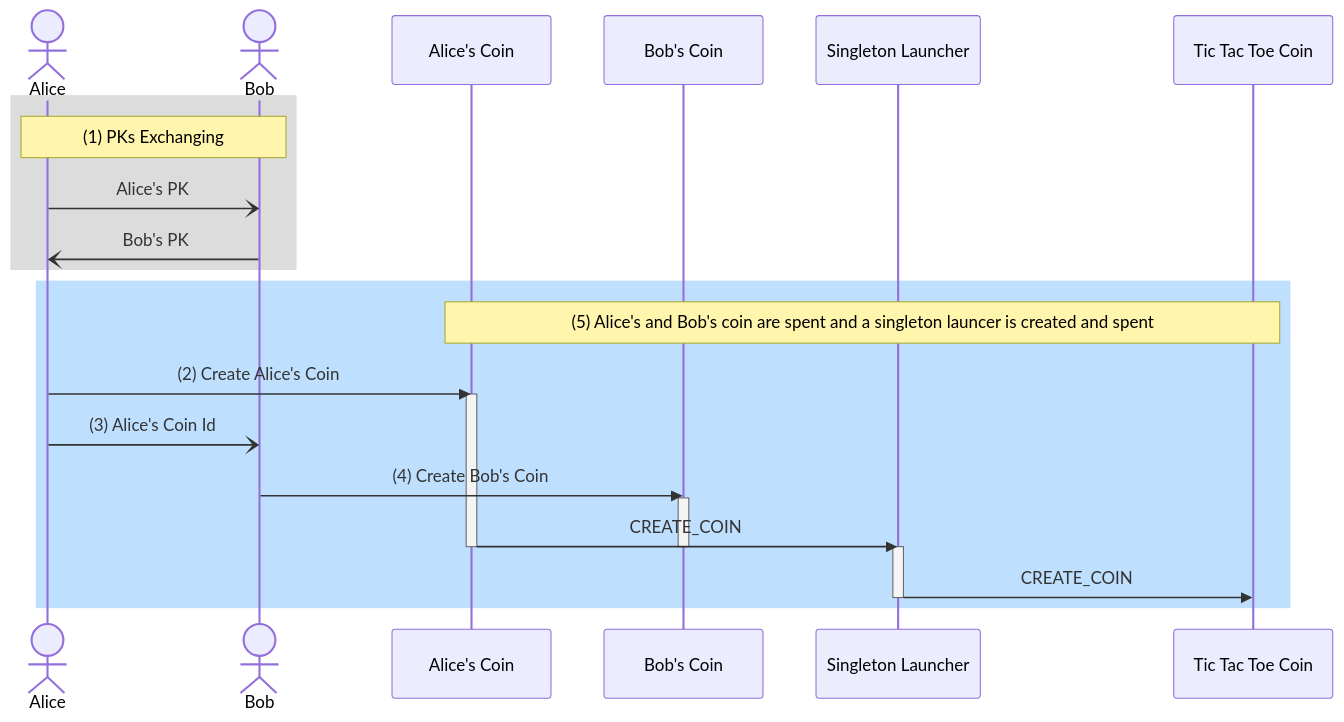
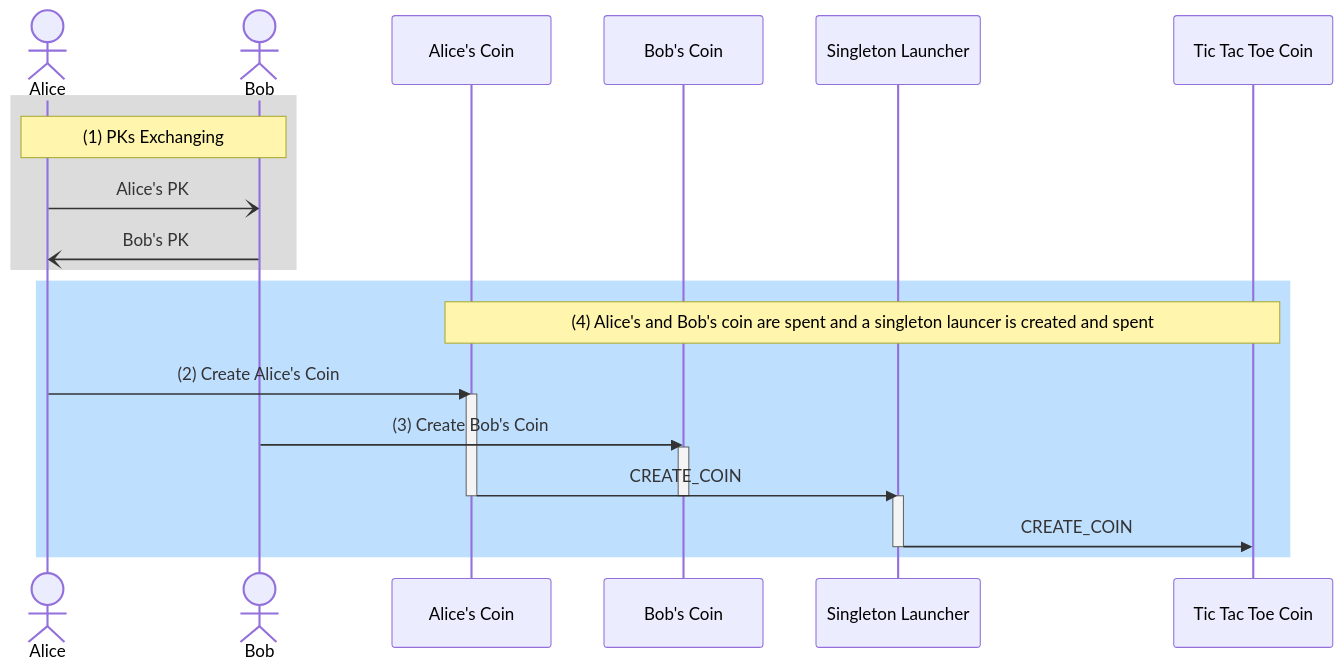
One commit to kimsk/chia-tic-tac-toe changed the first of 3 diagrams in README.md. Above: the diagram before and after it, drawn with Mermaid. The commit also changed other lines of this file and 6 other files, not shown here.

````diff
--- a/README.md
+++ b/README.md
@@ -59,30 +59,29 @@
 ```mermaid
 sequenceDiagram;
     actor A as Alice;
     actor B as Bob;
     participant a as Alice's Coin;
     participant b as Bob's Coin;
     participant s as Singleton Launcher
     participant t as Tic Tac Toe Coin;
 
     rect rgb(220, 220, 220);
     note over A,B: (1) PKs Exchanging;
     A-)B: Alice's PK;
     B-)A: Bob's PK;
     end;
 
     rect rgb(191, 223, 255);
-    note over a,t: (5) Alice's and Bob's coin are spent and a singleton launcer is created and spent;
+    note over a,t: (4) Alice's and Bob's coin are spent and a singleton launcer is created and spent;
     A->>a: (2) Create Alice's Coin;
     activate a
-    A-)B: (3) Alice's Coin Id; 
-    B->>b: (4) Create Bob's Coin;
+    B->>b: (3) Create Bob's Coin;
     activate b
     a->>s: CREATE_COIN
     deactivate a
     deactivate b
     activate s
     s->>t: CREATE_COIN
     deactivate s
     end;
 ```
````
